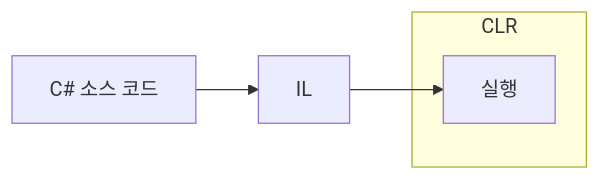
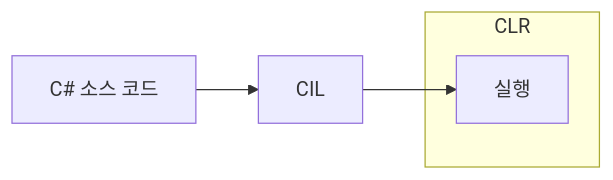
One commit to juhyeon98/juhyeon98.github.io changed the first of 2 diagrams in _posts/2025-04-11-dotnet.md. Above: the diagram before and after it, drawn with Mermaid. The commit also changed other lines of this file and 1 other file, not shown here.

````diff
--- a/_posts/2025-04-11-dotnet.md
+++ b/_posts/2025-04-11-dotnet.md
@@ -34,8 +20,8 @@
 ```mermaid
 flowchart LR
 	A[C# 소스 코드] --> B
-	B[IL] --> C
+	B[CIL] --> C
 	subgraph "CLR"
 		C[실행]
 	end
 ```
````
